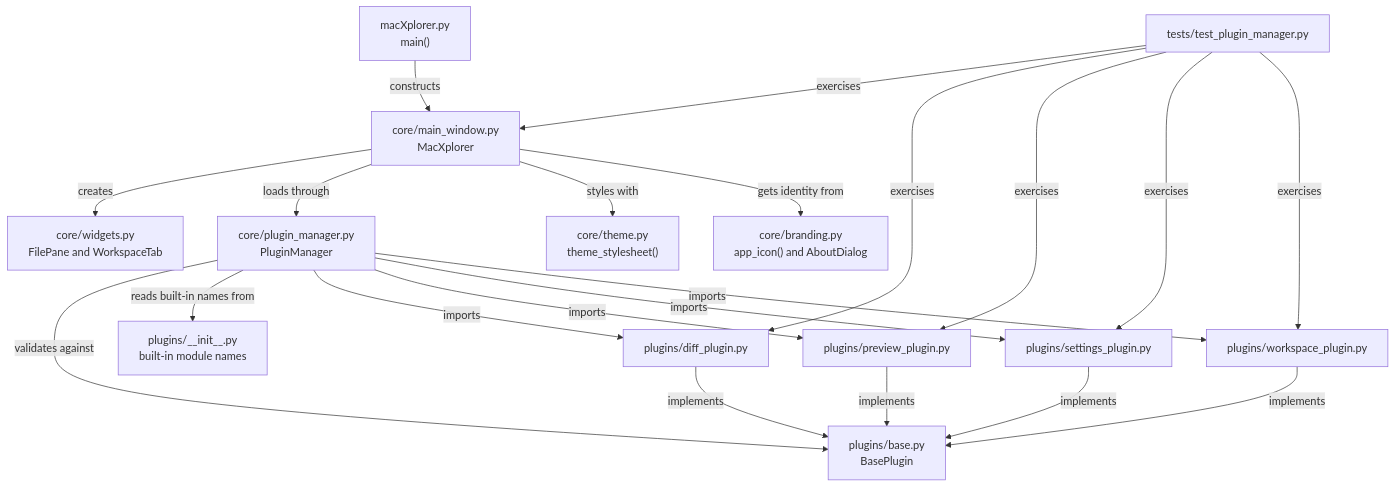
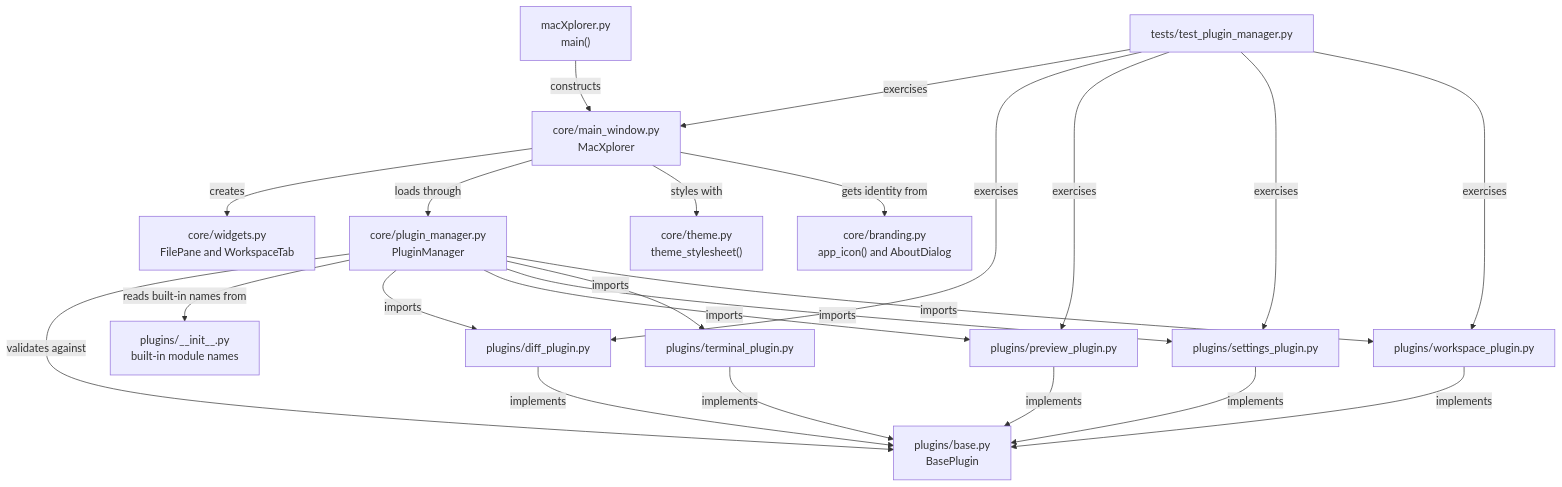
One commit to kamalsoft/macXplorer changed the first of 2 diagrams in docs/architecture.md. Above: the diagram before and after it, drawn with Mermaid. The commit also changed other lines of this file and 9 other files, not shown here.

Commit message:
Implement file transfer functionality with progress and cancellation; add Terminal plugin to open macOS Terminal in active folder

````diff
--- a/docs/architecture.md
+++ b/docs/architecture.md
@@ -44,23 +46,25 @@
 ```mermaid
 flowchart TD
     Entry["macXplorer.py<br/>main()"] -->|constructs| Core["core/main_window.py<br/>MacXplorer"]
     Core -->|creates| Widgets["core/widgets.py<br/>FilePane and WorkspaceTab"]
     Core -->|loads through| PluginManager["core/plugin_manager.py<br/>PluginManager"]
     Core -->|styles with| Theme["core/theme.py<br/>theme_stylesheet()"]
     Core -->|gets identity from| Branding["core/branding.py<br/>app_icon() and AboutDialog"]
     PluginManager -->|validates against| Contract["plugins/base.py<br/>BasePlugin"]
     PluginManager -->|reads built-in names from| PluginModules["plugins/__init__.py<br/>built-in module names"]
     PluginManager -->|imports| Diff["plugins/diff_plugin.py"]
     PluginManager -->|imports| Preview["plugins/preview_plugin.py"]
     PluginManager -->|imports| Settings["plugins/settings_plugin.py"]
+    PluginManager -->|imports| Terminal["plugins/terminal_plugin.py"]
     PluginManager -->|imports| Workspace["plugins/workspace_plugin.py"]
     Diff -->|implements| Contract
     Preview -->|implements| Contract
     Settings -->|implements| Contract
+    Terminal -->|implements| Contract
     Workspace -->|implements| Contract
     Tests["tests/test_plugin_manager.py"] -->|exercises| Core
     Tests -->|exercises| Diff
     Tests -->|exercises| Preview
     Tests -->|exercises| Settings
     Tests -->|exercises| Workspace
 ```
````
